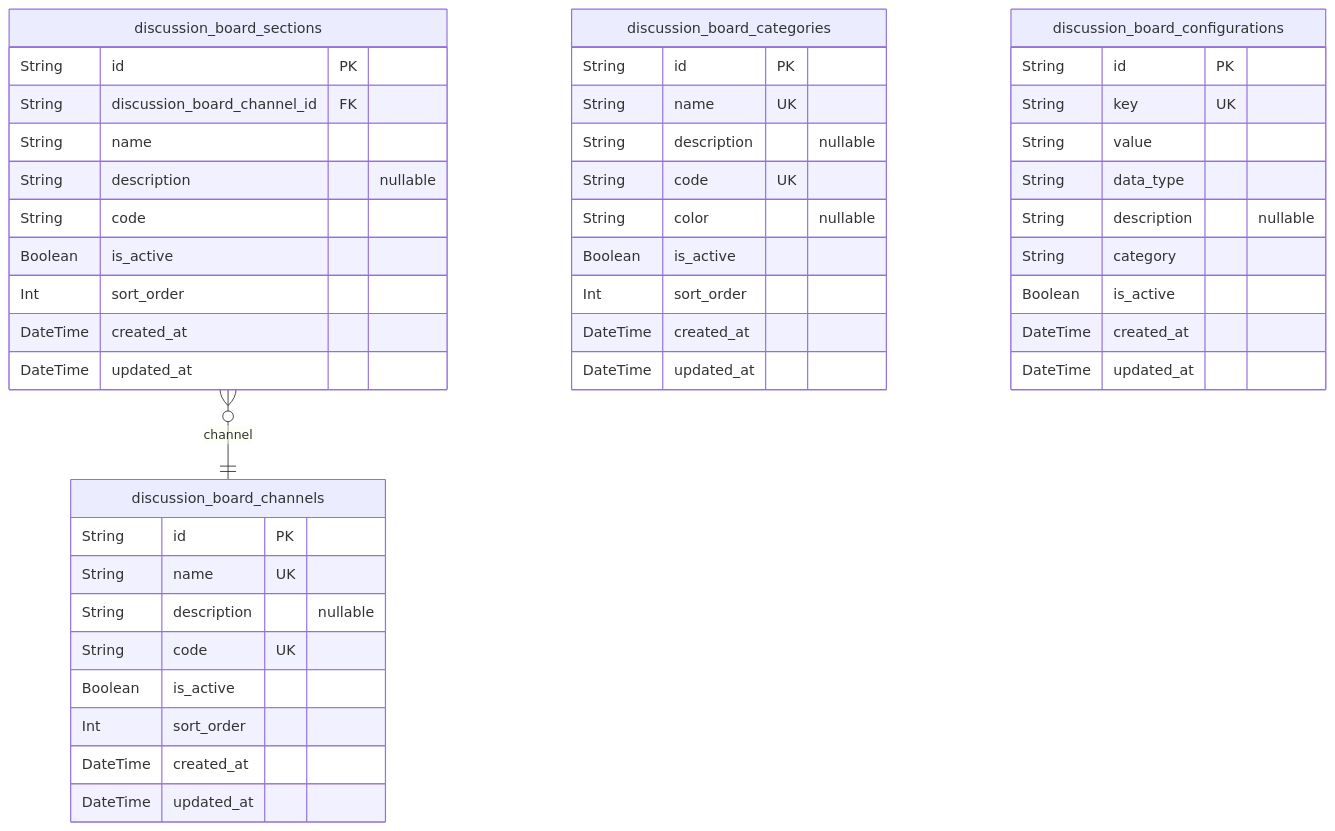
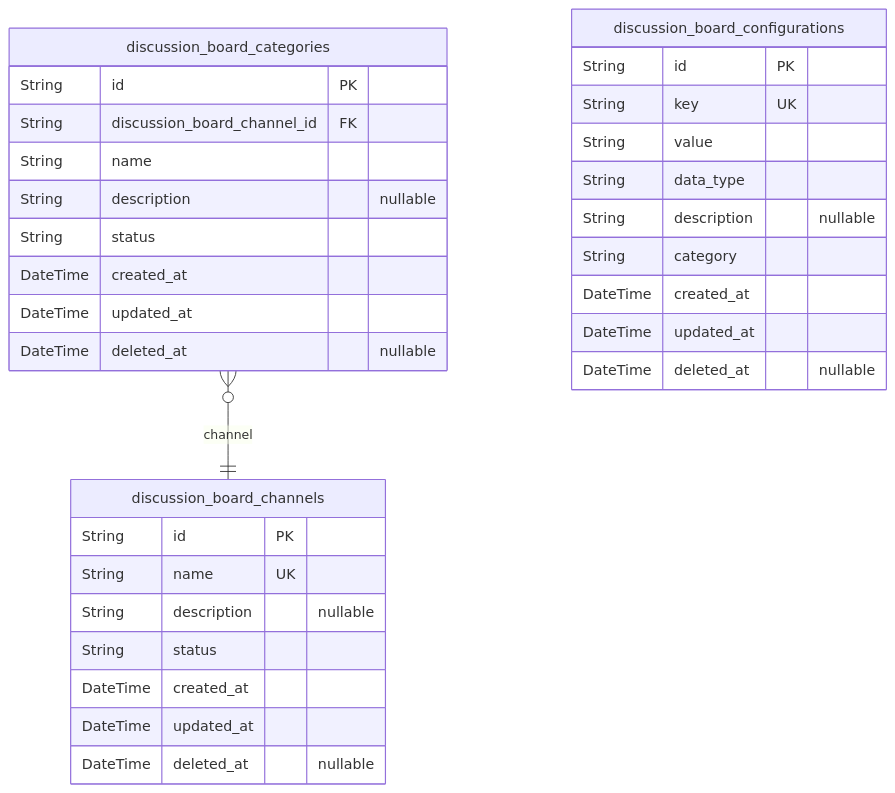
The first of 6 diagrams in deepseek/deepseek-v3.1-terminus-exacto/bbs/docs/ERD.md (wrtnlabs/autobe-examples), drawn with Mermaid before and after one commit. The commit also changed other lines of this file and 22498 other files, not shown here.

````diff
--- a/deepseek/deepseek-v3.1-terminus-exacto/bbs/docs/ERD.md
+++ b/deepseek/deepseek-v3.1-terminus-exacto/bbs/docs/ERD.md
@@ -16,47 +14,34 @@
 ```mermaid
 erDiagram
 "discussion_board_channels" {
   String id PK
   String name UK
   String description "nullable"
-  String code UK
-  Boolean is_active
-  Int sort_order
+  String status
   DateTime created_at
   DateTime updated_at
+  DateTime deleted_at "nullable"
 }
-"discussion_board_sections" {
+"discussion_board_categories" {
   String id PK
   String discussion_board_channel_id FK
   String name
   String description "nullable"
-  String code
-  Boolean is_active
-  Int sort_order
+  String status
   DateTime created_at
   DateTime updated_at
-}
-"discussion_board_categories" {
-  String id PK
-  String name UK
-  String description "nullable"
-  String code UK
-  String color "nullable"
-  Boolean is_active
-  Int sort_order
-  DateTime created_at
-  DateTime updated_at
+  DateTime deleted_at "nullable"
 }
 "discussion_board_configurations" {
   String id PK
   String key UK
   String value
   String data_type
   String description "nullable"
   String category
-  Boolean is_active
   DateTime created_at
   DateTime updated_at
+  DateTime deleted_at "nullable"
 }
-"discussion_board_sections" }o--|| "discussion_board_channels" : channel
+"discussion_board_categories" }o--|| "discussion_board_channels" : channel
 ```
````
